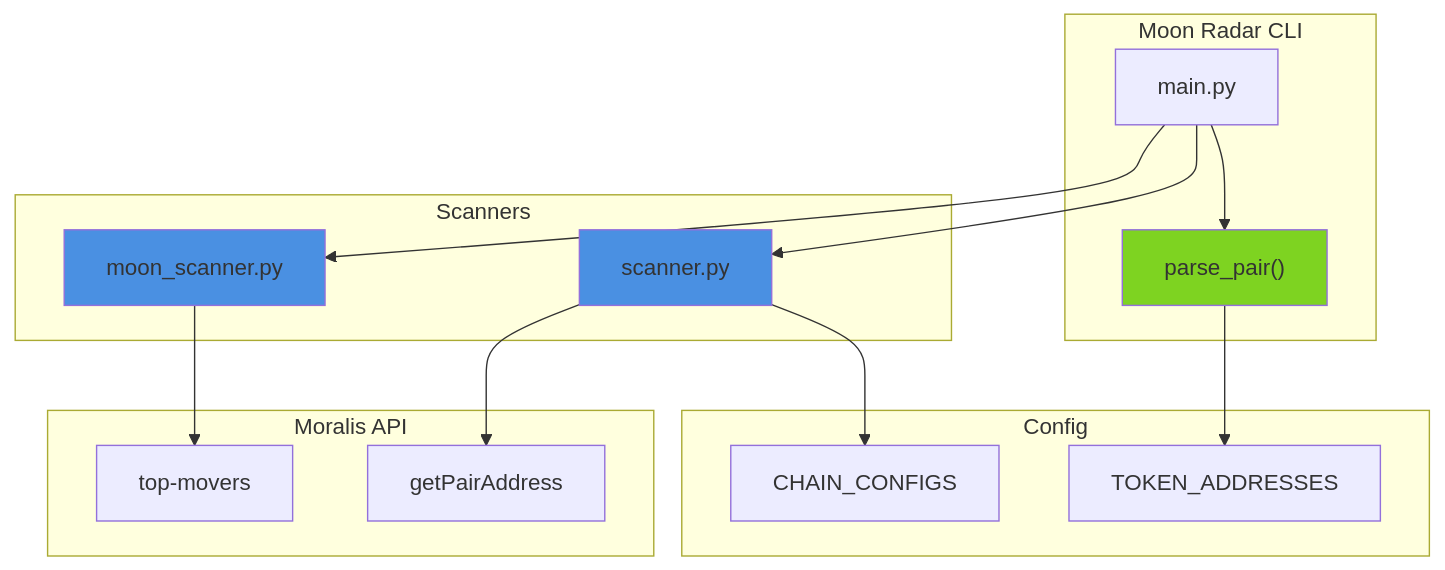
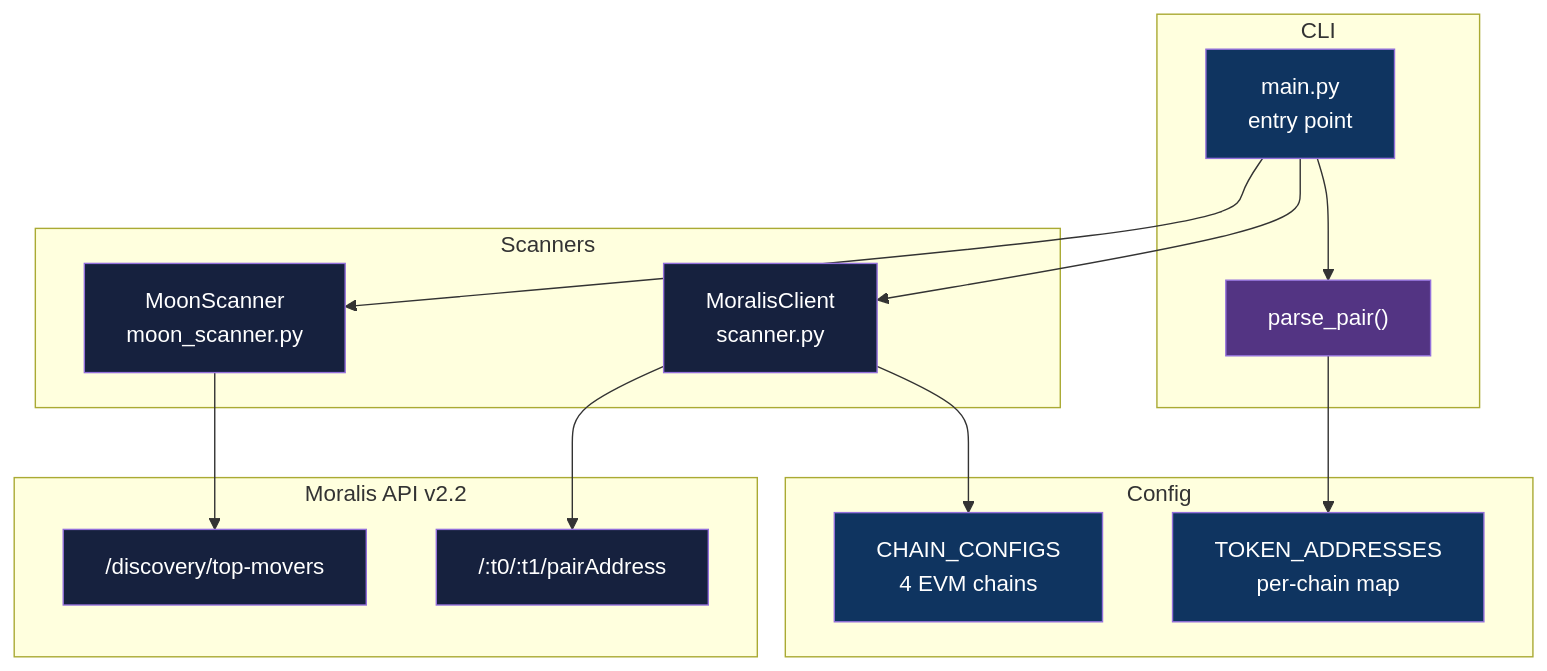
One commit to adityonugrohoid/ratu-moon-radar changed the diagram in README.md. Above: the diagram before and after it, drawn with Mermaid. The commit also changed other lines of this file, not shown here.

````diff
--- a/README.md
+++ b/README.md
@@ -23,33 +62,39 @@
 ```mermaid
-flowchart TB
-    subgraph "Moon Radar CLI"
-        MAIN["main.py"]
+graph TD
+    subgraph CLI
+        MAIN["main.py<br/>entry point"]
         PARSE["parse_pair()"]
     end
-    
-    subgraph "Scanners"
-        SCANNER["scanner.py"]
-        MOON["moon_scanner.py"]
+
+    subgraph Scanners
+        SCAN["MoralisClient<br/>scanner.py"]
+        MOON["MoonScanner<br/>moon_scanner.py"]
     end
-    
-    subgraph "Config"
-        TOKENS["TOKEN_ADDRESSES"]
-        CHAINS["CHAIN_CONFIGS"]
+
+    subgraph Config
+        TOK["TOKEN_ADDRESSES<br/>per-chain map"]
+        CHAIN["CHAIN_CONFIGS<br/>4 EVM chains"]
     end
-    
-    subgraph "Moralis API"
-        PAIRS["getPairAddress"]
-        MOVERS["top-movers"]
+
+    subgraph "Moralis API v2.2"
+        PAIR_EP["/:t0/:t1/pairAddress"]
+        TOP_EP["/discovery/top-movers"]
     end
-    
+
     MAIN --> PARSE
-    PARSE --> TOKENS
-    MAIN --> SCANNER & MOON
-    SCANNER --> CHAINS
-    SCANNER --> PAIRS
-    MOON --> MOVERS
-    
-    style PARSE fill:#7ED321
-    style SCANNER fill:#4A90E2
-    style MOON fill:#4A90E2
+    PARSE --> TOK
+    MAIN --> SCAN
+    MAIN --> MOON
+    SCAN --> CHAIN
+    SCAN --> PAIR_EP
+    MOON --> TOP_EP
+
+    style MAIN fill:#0f3460,color:#fff
+    style PARSE fill:#533483,color:#fff
+    style SCAN fill:#16213e,color:#fff
+    style MOON fill:#16213e,color:#fff
+    style TOK fill:#0f3460,color:#fff
+    style CHAIN fill:#0f3460,color:#fff
+    style PAIR_EP fill:#16213e,color:#fff
+    style TOP_EP fill:#16213e,color:#fff
 ```
````
